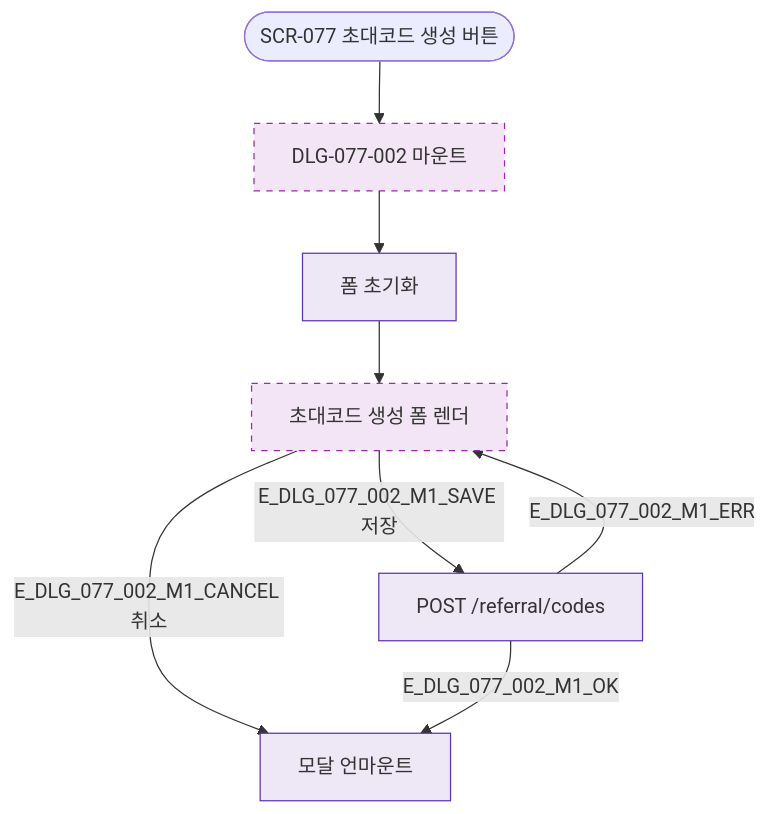
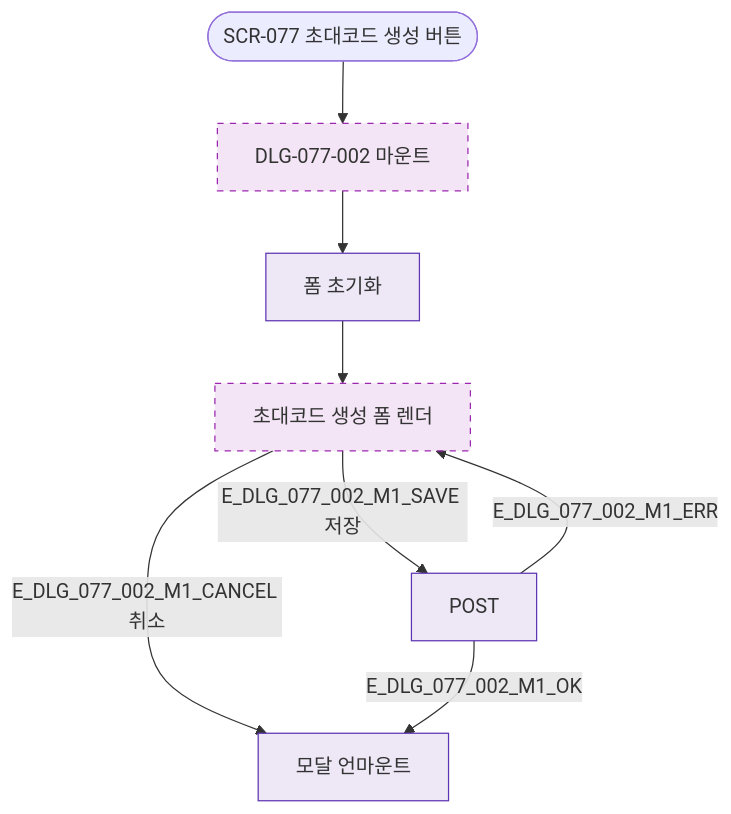
One commit to dev-spogym/admin-pando changed the diagram in docs/다이어그램/D08_마케팅/DLG/DLG-077-002/M1_모달생명주기.md. Above: the diagram before and after it, drawn with Mermaid. The commit also changed other lines of this file and 1660 other files, not shown here.

First line of the commit message:
다이어그램: 기획자/클라이언트 납품본으로 정리

````diff
--- a/docs/다이어그램/D08_마케팅/DLG/DLG-077-002/M1_모달생명주기.md
+++ b/docs/다이어그램/D08_마케팅/DLG/DLG-077-002/M1_모달생명주기.md
@@ -14,16 +12,16 @@
 ```mermaid
 flowchart TD
   TRIGGER([SCR-077 초대코드 생성 버튼]) --> OPEN[DLG-077-002 마운트]
   OPEN --> INIT[폼 초기화]
   INIT --> RENDER[초대코드 생성 폼 렌더]
-  RENDER -->|E_DLG_077_002_M1_SAVE 저장| SUBMIT[POST /referral/codes]
-  RENDER -->|E_DLG_077_002_M1_CANCEL 취소| UNMOUNT[모달 언마운트]
-  SUBMIT -->|E_DLG_077_002_M1_OK| UNMOUNT
-  SUBMIT -->|E_DLG_077_002_M1_ERR| RENDER
+  RENDER -->|E_DLG_077_002_M1_SAVE 저장|SUBMIT[POST]
+  RENDER -->|E_DLG_077_002_M1_CANCEL 취소|UNMOUNT[모달 언마운트]
+  SUBMIT -->|E_DLG_077_002_M1_OK|UNMOUNT
+  SUBMIT -->|E_DLG_077_002_M1_ERR|RENDER
 
   classDef newFeature fill:#F3E5F5,stroke:#9C27B0,stroke-dasharray:5 5
-  classDef system     fill:#EDE7F6,stroke:#5E35B2
+  classDef system fill:#EDE7F6,stroke:#5E35B2
 
   class OPEN,RENDER newFeature
   class INIT,SUBMIT,UNMOUNT system
 ```
````
